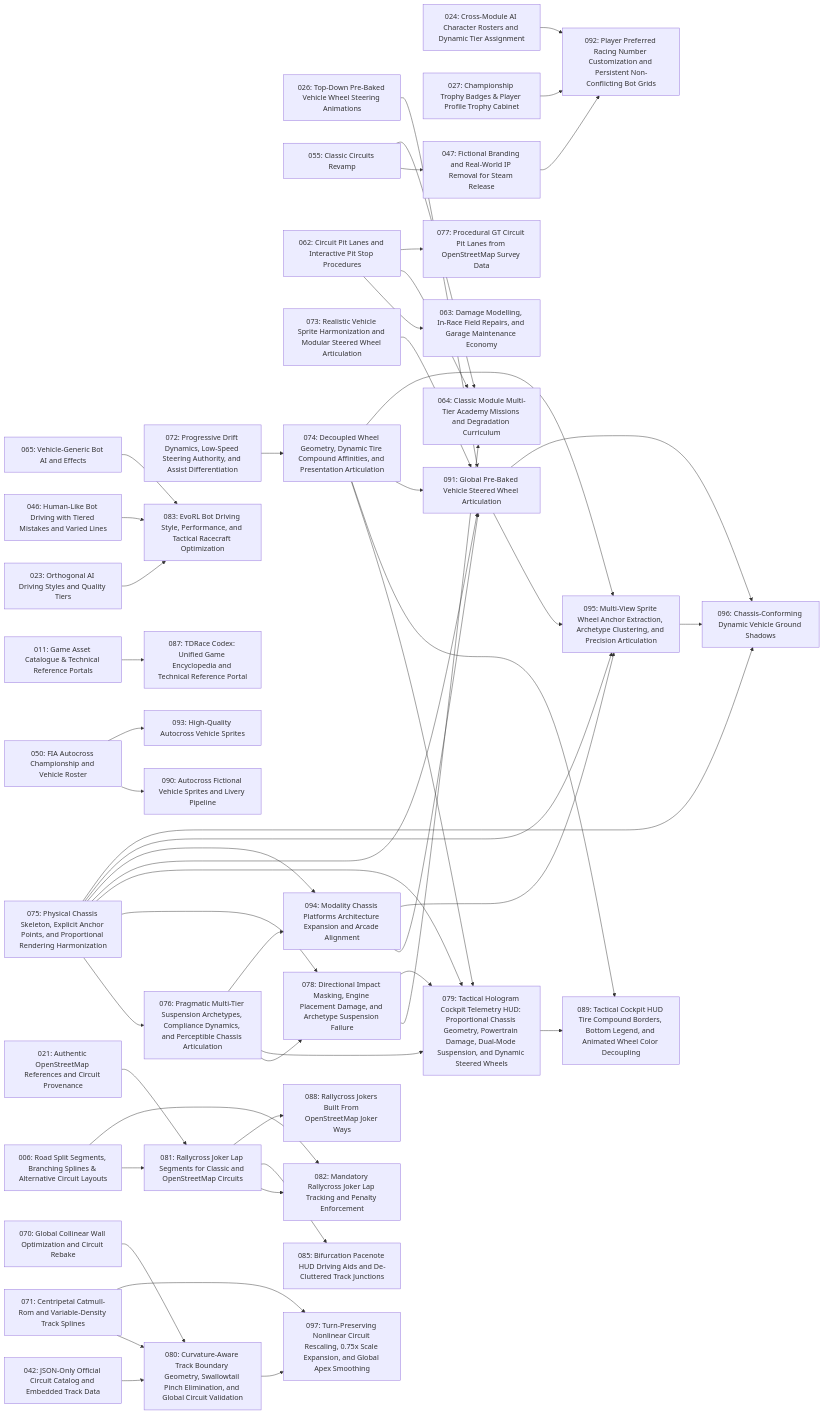
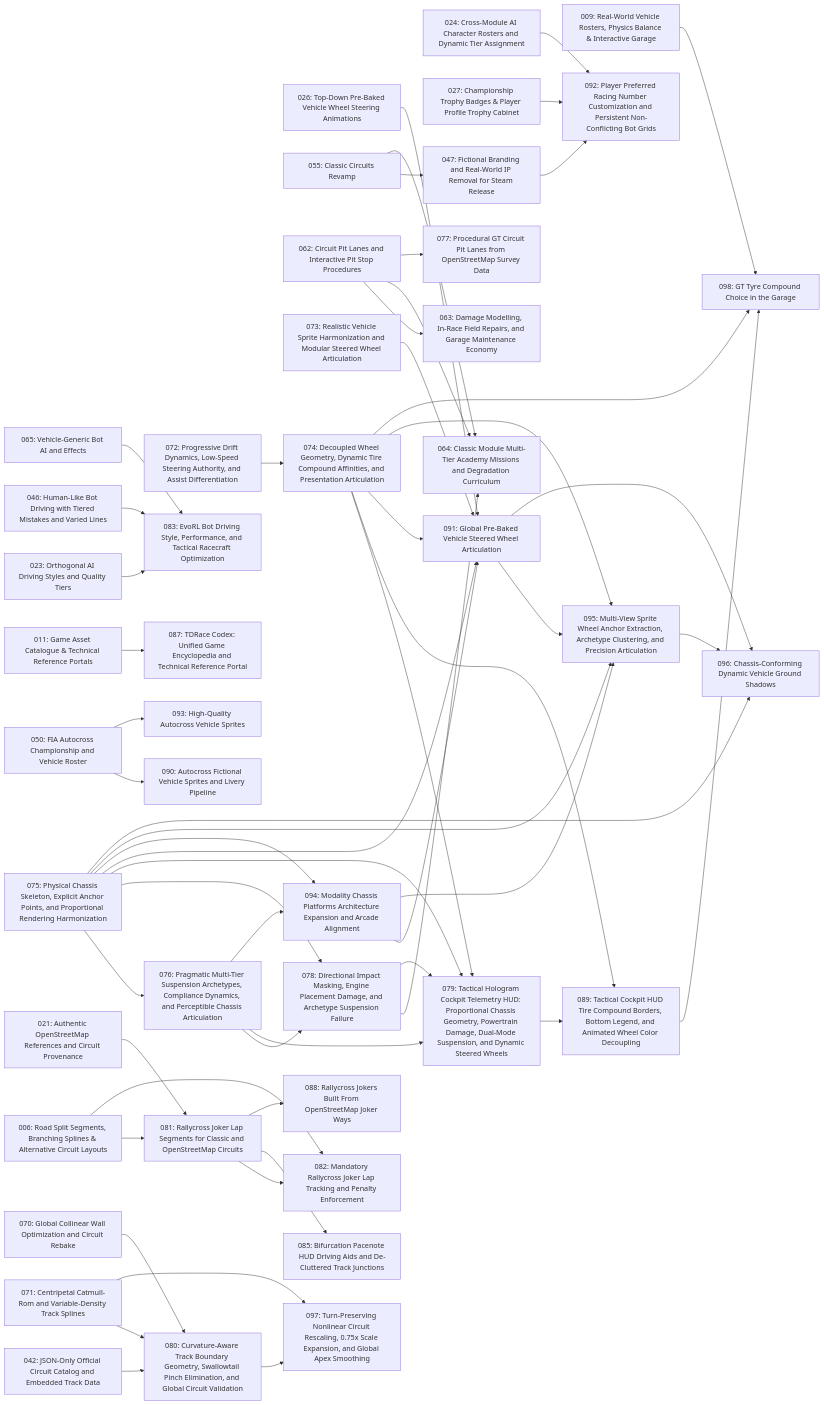
The diagram in specs/index.md (magomar/tdrace), drawn with Mermaid before and after one commit. The commit also changed other lines of this file and 1 other file, not shown here.

Commit message:
docs(spec): Mario approves spec 098 (tdrace-0t72)

````diff
--- a/specs/index.md
+++ b/specs/index.md
@@ -123,6 +124,7 @@
 ```mermaid
 flowchart LR
     006["006: Road Split Segments, Branching Splines & Alternative Circuit Layouts"]
+    009["009: Real-World Vehicle Rosters, Physics Balance & Interactive Garage"]
     011["011: Game Asset Catalogue & Technical Reference Portals"]
     021["021: Authentic OpenStreetMap References and Circuit Provenance"]
     023["023: Orthogonal AI Driving Styles and Quality Tiers"]
@@ -164,6 +166,7 @@
     095["095: Multi-View Sprite Wheel Anchor Extraction, Archetype Clustering, and Precision Articulation"]
     096["096: Chassis-Conforming Dynamic Vehicle Ground Shadows"]
     097["097: Turn-Preserving Nonlinear Circuit Rescaling, 0.75x Scale Expansion, and Global Apex Smoothing"]
+    098["098: GT Tyre Compound Choice in the Garage"]
     055 --> 047
     062 --> 063
     055 --> 064
@@ -214,4 +217,7 @@
     095 --> 096
     071 --> 097
     080 --> 097
+    009 --> 098
+    074 --> 098
+    089 --> 098
 ```
````
